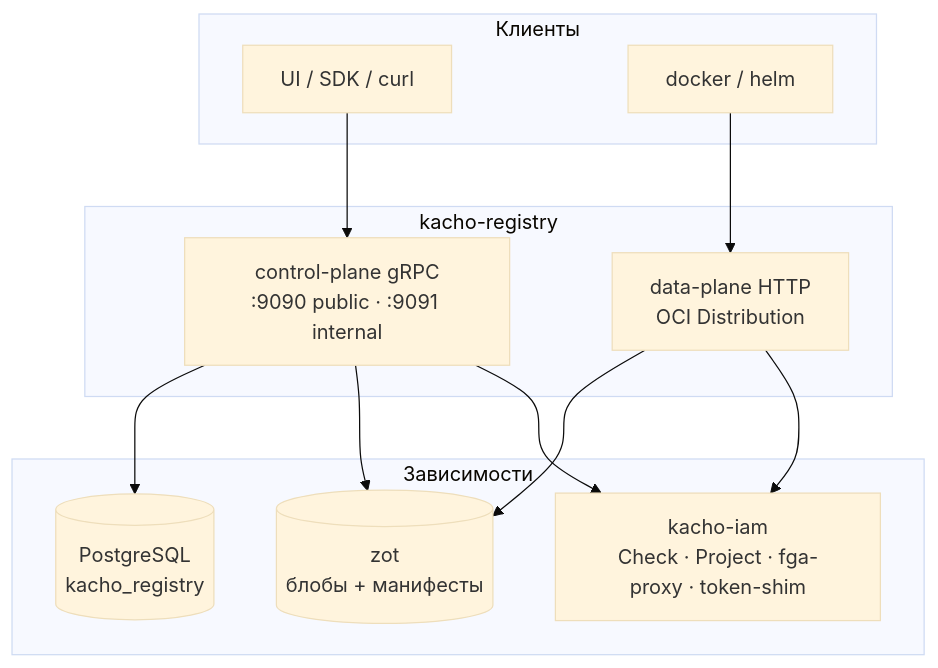
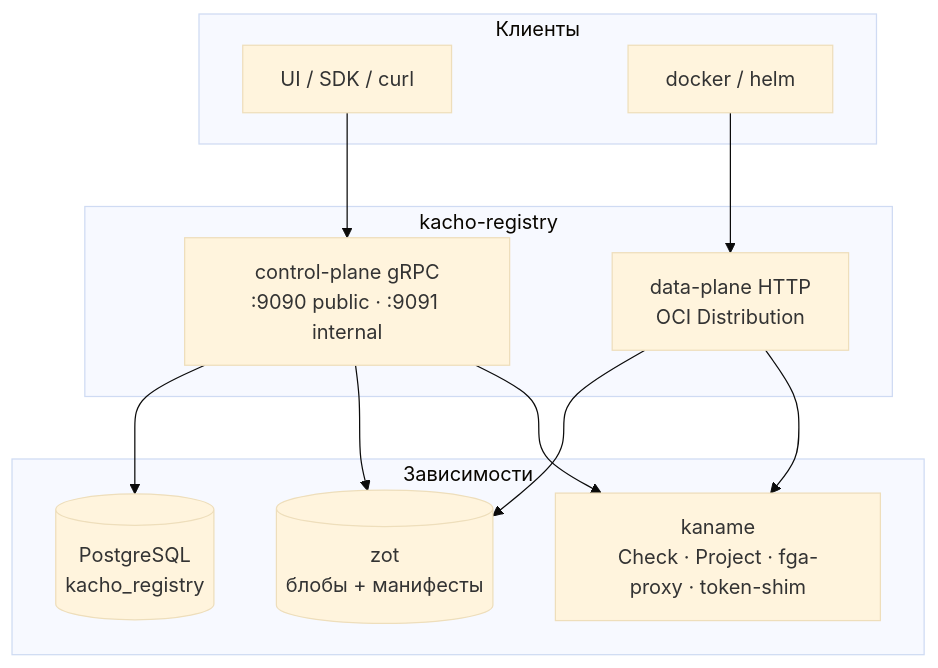
The first of 4 diagrams in services/registry/docs/content/architecture/overview.mdx (PRO-Robotech/kacho), drawn with Mermaid (base theme) before and after one commit. The commit also changed other lines of this file and 5005 other files, not shown here.

````diff
--- a/services/registry/docs/content/architecture/overview.mdx
+++ b/services/registry/docs/content/architecture/overview.mdx
@@ -23,24 +23,24 @@
 ```mermaid
 flowchart TB
   subgraph clients["Клиенты"]
     ui["UI / SDK / curl"]
     docker["docker / helm"]
   end
   subgraph reg["kacho-registry"]
     cp["control-plane gRPC<br/>:9090 public · :9091 internal"]
     dp["data-plane HTTP<br/>OCI Distribution"]
   end
   subgraph deps["Зависимости"]
-    iam["kacho-iam<br/>Check · Project · fga-proxy · token-shim"]
+    iam["kaname<br/>Check · Project · fga-proxy · token-shim"]
     zot[("zot<br/>блобы + манифесты")]
     pg[("PostgreSQL<br/>kacho_registry")]
   end
 
   ui --> cp
   docker --> dp
   cp --> pg
   cp --> zot
   dp --> zot
   cp --> iam
   dp --> iam
 ```
````
